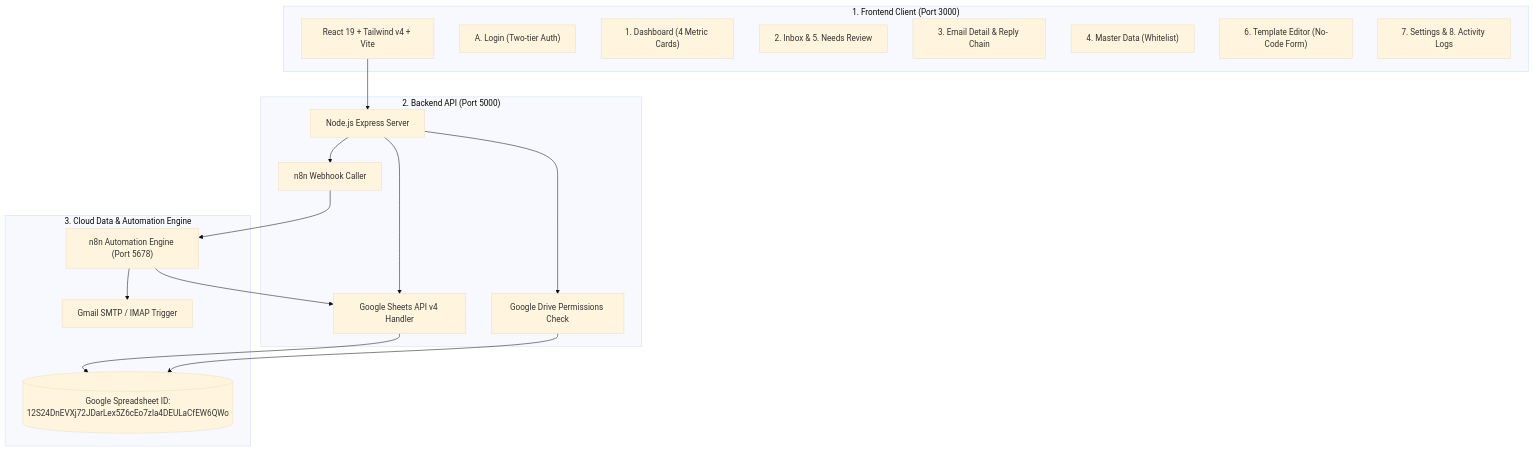
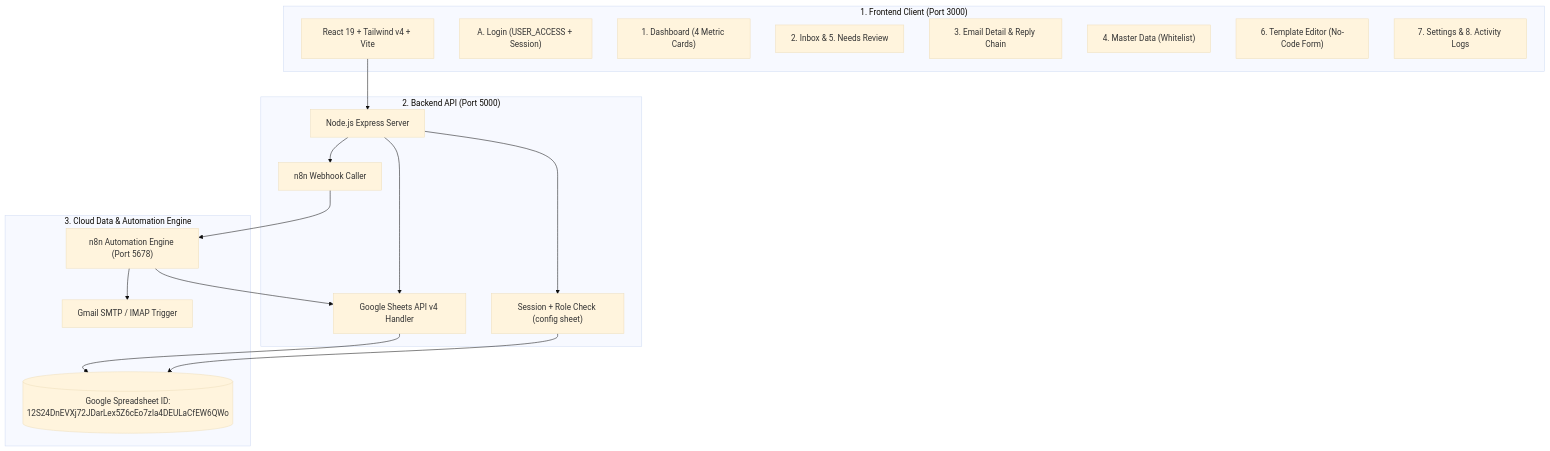
Before and after one commit to chartnayodom/n8n_sandbox: the diagram in docs/PROJECT_HANDOVER_AND_MIGRATION_GUIDE.md, drawn with Mermaid (base theme). The commit also changed other lines of this file and 21 other files, not shown here.

````diff
--- a/docs/PROJECT_HANDOVER_AND_MIGRATION_GUIDE.md
+++ b/docs/PROJECT_HANDOVER_AND_MIGRATION_GUIDE.md
@@ -36,33 +36,33 @@
 ```mermaid
 flowchart TD
     subgraph ClientLayer ["1. Frontend Client (Port 3000)"]
         UI["React 19 + Tailwind v4 + Vite"]
-        LoginUI["A. Login (Two-tier Auth)"]
+        LoginUI["A. Login (USER_ACCESS + Session)"]
         DashUI["1. Dashboard (4 Metric Cards)"]
         InboxUI["2. Inbox & 5. Needs Review"]
         DetailUI["3. Email Detail & Reply Chain"]
         MasterUI["4. Master Data (Whitelist)"]
         TplUI["6. Template Editor (No-Code Form)"]
         SetUI["7. Settings & 8. Activity Logs"]
     end
 
     subgraph ServerLayer ["2. Backend API (Port 5000)"]
         API["Node.js Express Server"]
-        AuthService["Google Drive Permissions Check"]
+        AuthService["Session + Role Check (config sheet)"]
         SheetsService["Google Sheets API v4 Handler"]
         WebhookTrigger["n8n Webhook Caller"]
     end
 
     subgraph StorageLayer ["3. Cloud Data & Automation Engine"]
         GSheets[("Google Spreadsheet ID:\n12S24DnEVXj72JDarLex5Z6cEo7zla4DEULaCfEW6QWo")]
         N8N["n8n Automation Engine (Port 5678)"]
         GmailSMTP["Gmail SMTP / IMAP Trigger"]
     end
 
     UI --> API
     API --> AuthService --> GSheets
     API --> SheetsService --> GSheets
     API --> WebhookTrigger --> N8N
     N8N --> SheetsService
     N8N --> GmailSMTP
 ```
````
